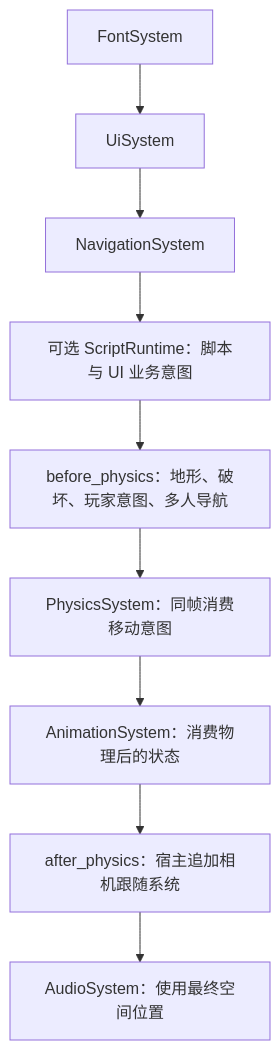
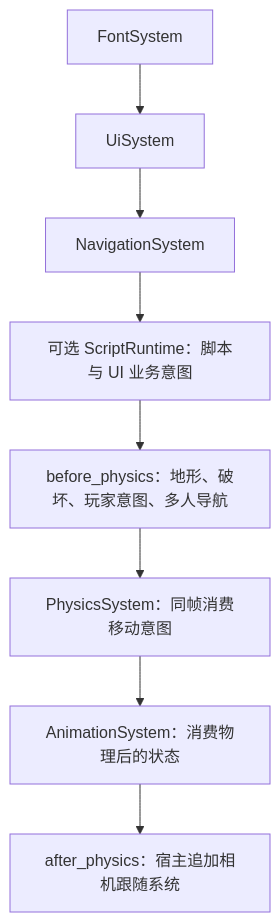
Before and after one commit to lcals/Engine: the second of 2 diagrams in docs/runtime/class-diagrams/runtime-host.md, drawn with Mermaid. The commit also changed other lines of this file and 44 other files, not shown here.

````diff
--- a/docs/runtime/class-diagrams/runtime-host.md
+++ b/docs/runtime/class-diagrams/runtime-host.md
@@ -150,11 +166,10 @@
 ```mermaid
 flowchart TD
     F[FontSystem] --> U[UiSystem]
     U --> N[NavigationSystem]
     N --> S[可选 ScriptRuntime：脚本与 UI 业务意图]
     S --> B[before_physics：地形、破坏、玩家意图、多人导航]
     B --> P[PhysicsSystem：同帧消费移动意图]
     P --> A[AnimationSystem：消费物理后的状态]
     A --> C[after_physics：宿主追加相机跟随系统]
-    C --> O[AudioSystem：使用最终空间位置]
 ```
````
